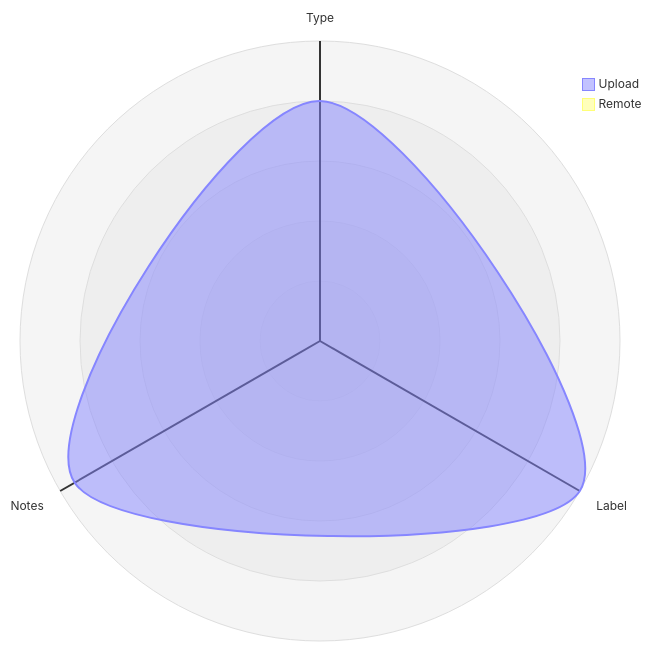
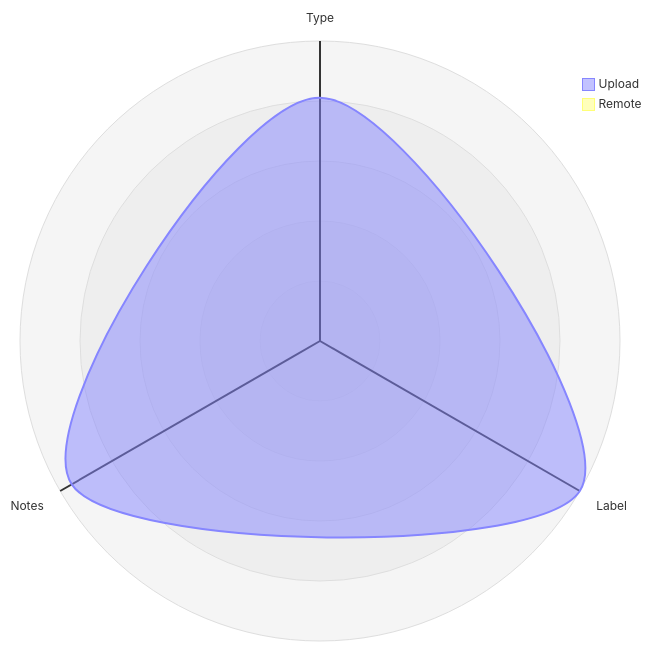
Before and after one commit to open-data/analytics-corporate-reporting: the third of 5 diagrams in datastore_tracker/README.md, drawn with Mermaid. The commit also changed other lines of this file and 10 other files, not shown here.

````diff
--- a/datastore_tracker/README.md
+++ b/datastore_tracker/README.md
@@ -106,12 +106,12 @@
 ```mermaid
 radar-beta
   axis T["Type"], L["Label"], N["Notes"]
-  curve u["Upload"]{0.00072, 0.0009, 0.00085}
+  curve u["Upload"]{0.00073, 0.0009, 0.00086}
   curve r["Remote"]{0, 0, 0}
 
   showLegend true
 
   min 0
   graticule circle
   ticks 5
 ```
````
